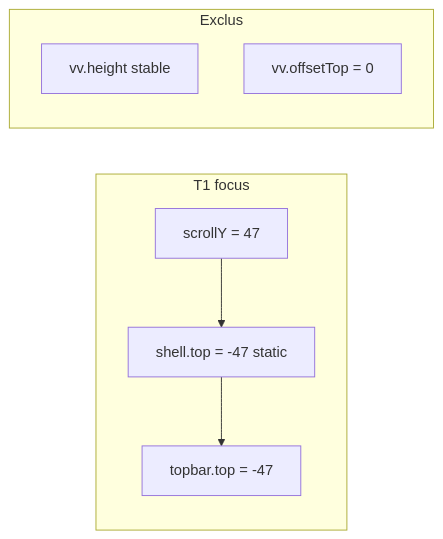
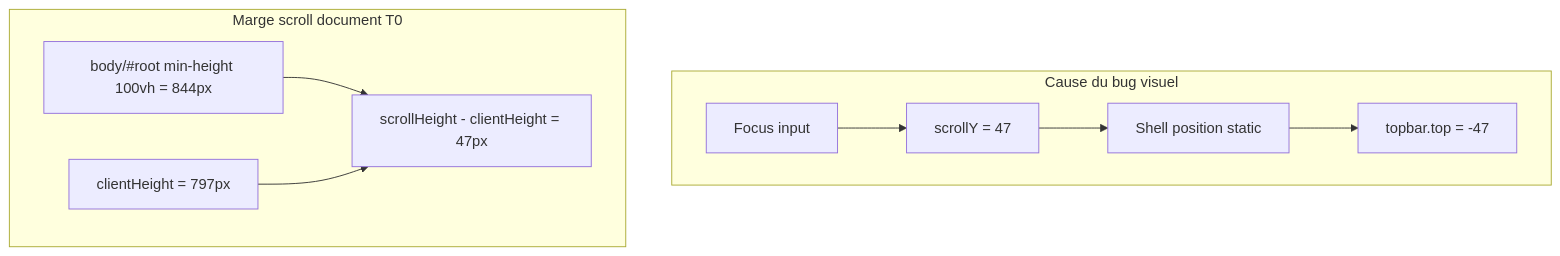
The diagram in .cursor/plans/ios_keyboard_layout_fix.plan.md (lpbsn/houston_project), drawn with Mermaid before and after one commit. The commit also changed other lines of this file and 4 other files, not shown here.

````diff
--- a/.cursor/plans/ios_keyboard_layout_fix.plan.md
+++ b/.cursor/plans/ios_keyboard_layout_fix.plan.md
@@ -66,13 +87,17 @@
 ```mermaid
-flowchart LR
-  subgraph T1 [T1 focus]
-    DocScroll["scrollY = 47"]
-    Shell["shell.top = -47 static"]
-    Topbar["topbar.top = -47"]
-    DocScroll --> Shell --> Topbar
+flowchart TD
+  subgraph causes [Cause du bug visuel]
+    focus["Focus input"]
+    docScroll["scrollY = 47"]
+    staticShell["Shell position static"]
+    topbarShift["topbar.top = -47"]
+    focus --> docScroll --> staticShell --> topbarShift
   end
-  subgraph excluded [Exclus]
-    VVh["vv.height stable"]
-    VVo["vv.offsetTop = 0"]
+  subgraph scrollMargin [Marge scroll document T0]
+    bodyMin["body/#root min-height 100vh = 844px"]
+    viewport["clientHeight = 797px"]
+    gap["scrollHeight - clientHeight = 47px"]
+    bodyMin --> gap
+    viewport --> gap
   end
 ```
````
